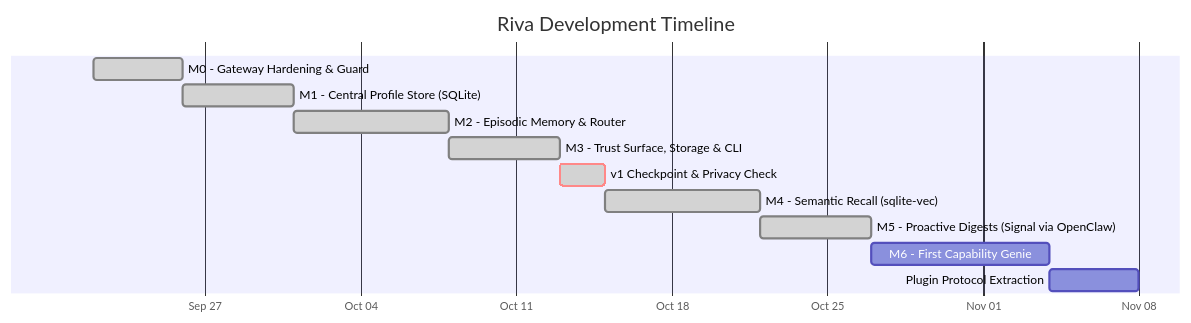
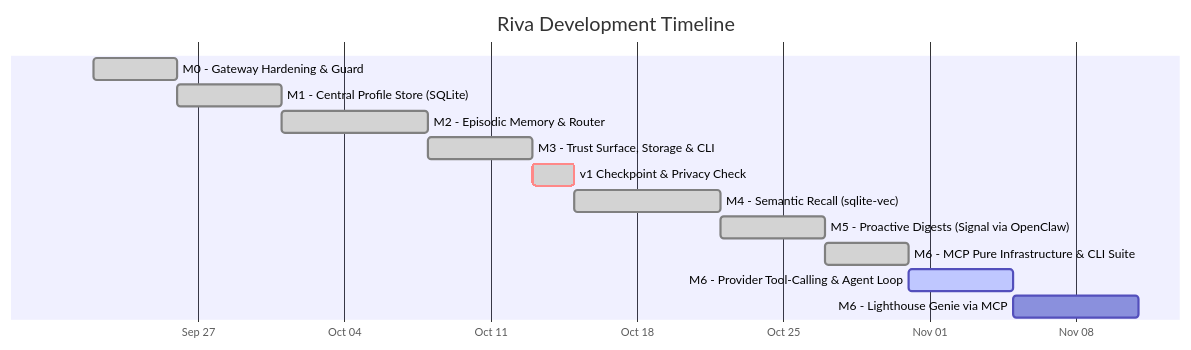
The diagram in docs/product/development-timeline.md (anirban-1009/riva), drawn with Mermaid before and after one commit. The commit also changed other lines of this file and 21 other files, not shown here.

Commit message:
feat: add Model Context Protocol (MCP) client and integration support

````diff
--- a/docs/product/development-timeline.md
+++ b/docs/product/development-timeline.md
@@ -11,16 +11,17 @@
 ```mermaid
 gantt
   title Riva Development Timeline
   dateFormat  YYYY-MM-DD
   axisFormat  %b %d
 
   M0 - Gateway Hardening & Guard              :done, m0, 2026-09-22, 4d
   M1 - Central Profile Store (SQLite)         :done, m1, after m0, 5d
   M2 - Episodic Memory & Router               :done, m2, after m1, 7d
   M3 - Trust Surface, Storage & CLI           :done, m3, after m2, 5d
   v1 Checkpoint & Privacy Check               :done, crit, v1_done, after m3, 2d
   M4 - Semantic Recall (sqlite-vec)           :done, m4, after v1_done, 7d
   M5 - Proactive Digests (Signal via OpenClaw):done, m5, after m4, 5d
-  M6 - First Capability Genie                 :m6, after m5, 8d
-  Plugin Protocol Extraction                  :m6_proto, after m6, 4d
+  M6 - MCP Pure Infrastructure & CLI Suite    :done, m6_p1, after m5, 4d
+  M6 - Provider Tool-Calling & Agent Loop     :active, m6_p2, after m6_p1, 5d
+  M6 - Lighthouse Genie via MCP               :m6_p3, after m6_p2, 6d
 ```
````
